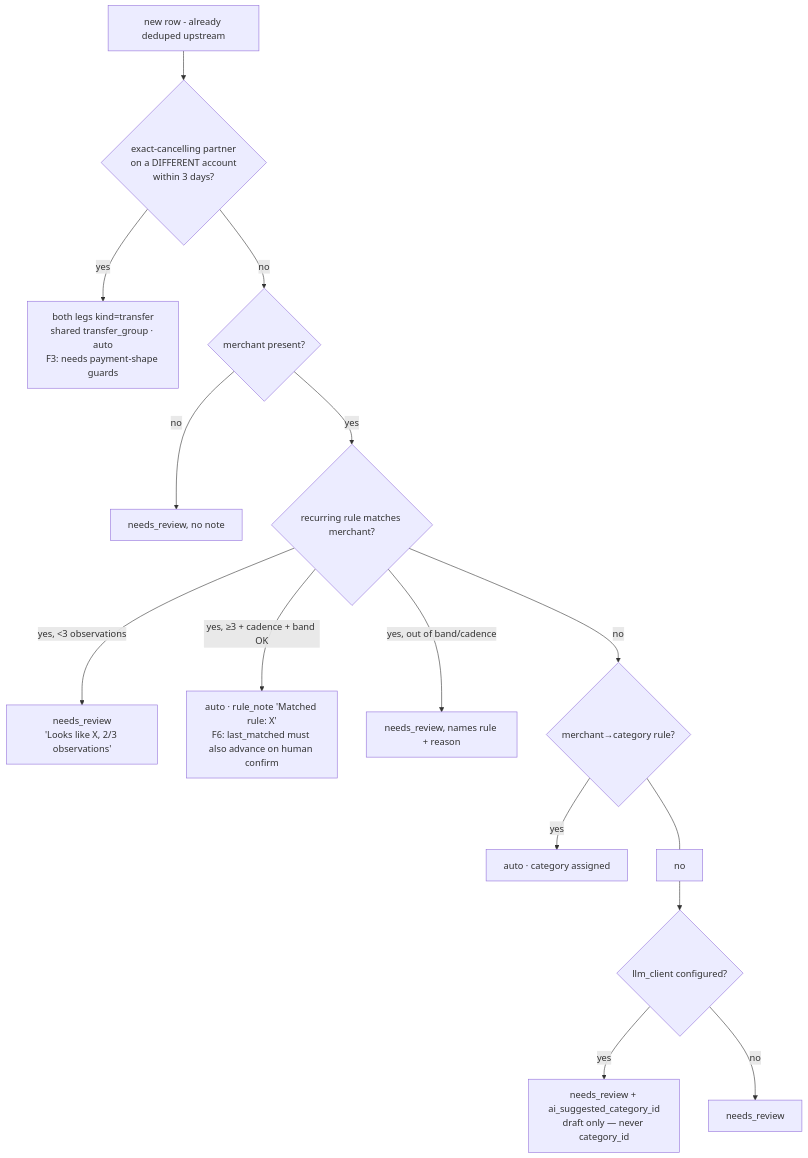
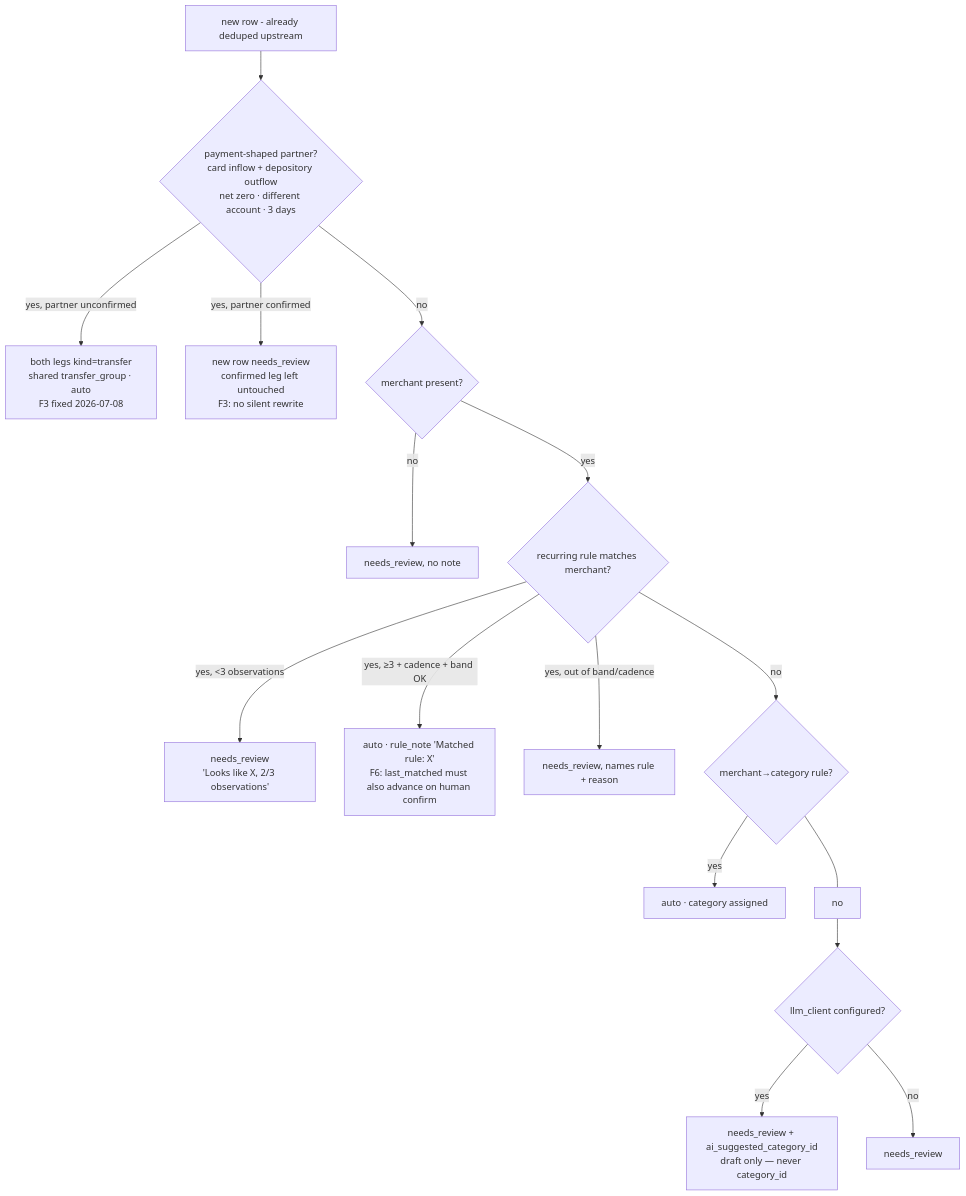
One commit to CDRaab01/Magpie changed the second of 4 diagrams in ARCHITECTURE.md. Above: the diagram before and after it, drawn with Mermaid. The commit also changed other lines of this file and 7 other files, not shown here.

````diff
--- a/ARCHITECTURE.md
+++ b/ARCHITECTURE.md
@@ -121,16 +121,17 @@
 ```mermaid
 flowchart TD
-    A[new row - already deduped upstream] --> B{exact-cancelling partner\non a DIFFERENT account\nwithin 3 days?}
-    B -- yes --> T[both legs kind=transfer\nshared transfer_group · auto\nF3: needs payment-shape guards]
+    A[new row - already deduped upstream] --> B{payment-shaped partner?\ncard inflow + depository outflow\nnet zero · different account · 3 days}
+    B -- "yes, partner unconfirmed" --> T[both legs kind=transfer\nshared transfer_group · auto\nF3 fixed 2026-07-08]
+    B -- "yes, partner confirmed" --> NRT[new row needs_review\nconfirmed leg left untouched\nF3: no silent rewrite]
     B -- no --> D{merchant present?}
     D -- no --> NR1[needs_review, no note]
     D -- yes --> R{recurring rule matches merchant?}
     R -- "yes, <3 observations" --> NR2[needs_review\n'Looks like X, 2/3 observations']
     R -- "yes, ≥3 + cadence + band OK" --> AF[auto · rule_note 'Matched rule: X'\nF6: last_matched must also advance on human confirm]
     R -- "yes, out of band/cadence" --> NR3[needs_review, names rule + reason]
     R -- no --> MC{merchant→category rule?}
     MC -- yes --> AF2[auto · category assigned]
     MC --- no --> AI{llm_client configured?}
     AI -- yes --> DR[needs_review + ai_suggested_category_id\ndraft only — never category_id]
     AI -- no --> NR4[needs_review]
 ```
````
